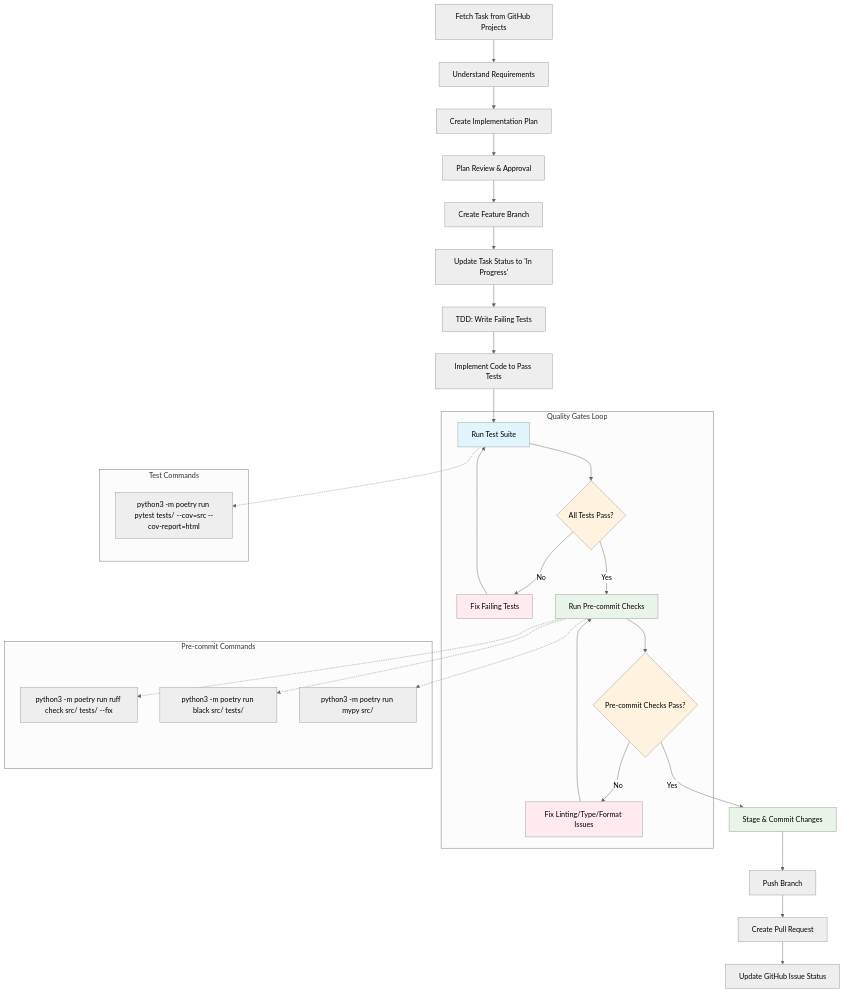
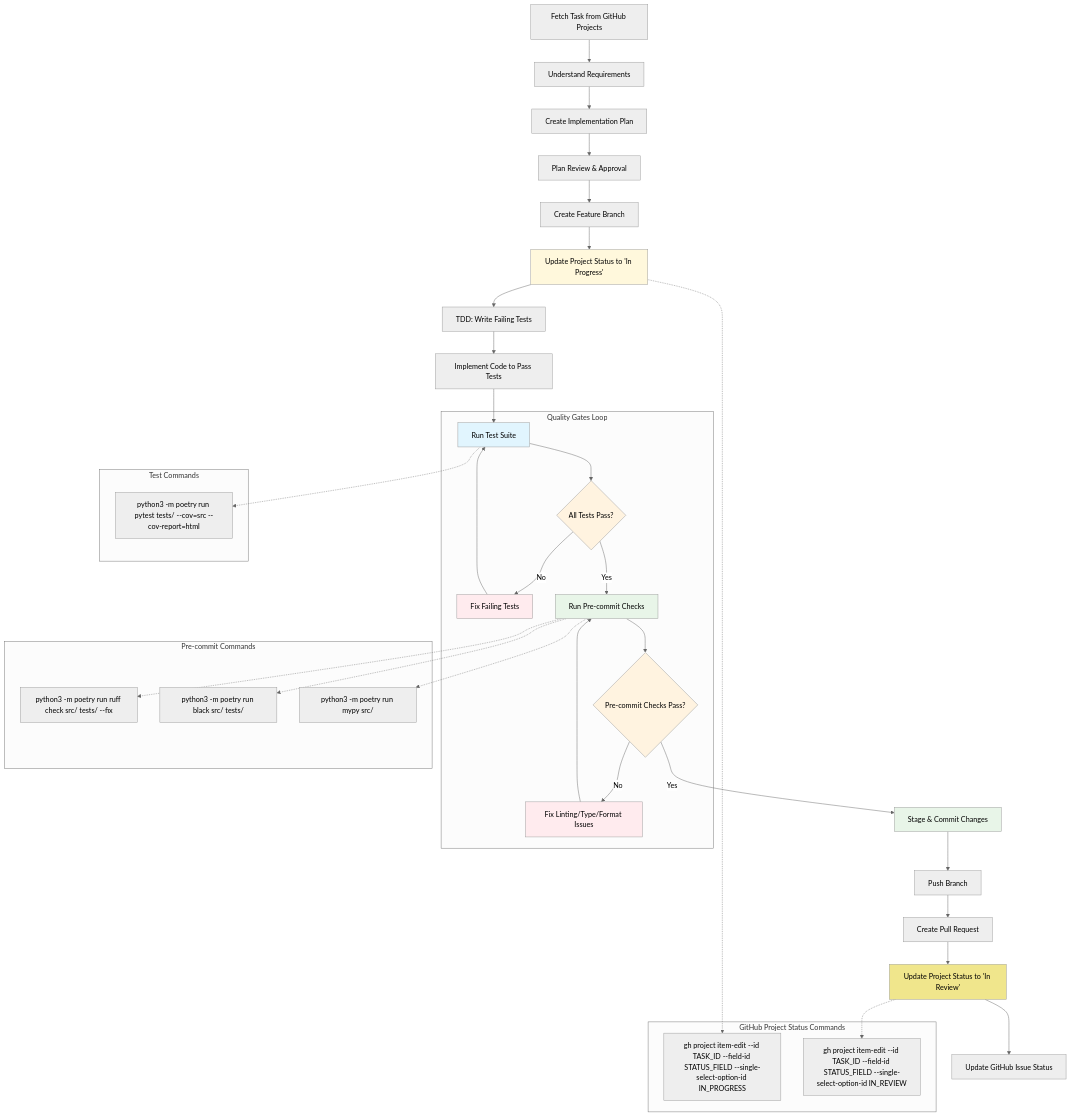
Before and after one commit to nhlongnguyen/mindbridge: the diagram in CLAUDE.md, drawn with Mermaid (neutral theme). The commit also changed other lines of this file, not shown here.

First line of the commit message:
docs: Add GitHub project status management to CLAUDE.md

````diff
--- a/CLAUDE.md
+++ b/CLAUDE.md
@@ -361,57 +427,67 @@
 ```mermaid
 flowchart TD
     A[Fetch Task from GitHub Projects] --> B[Understand Requirements]
     B --> C[Create Implementation Plan]
     C --> D[Plan Review & Approval]
     D --> E[Create Feature Branch]
-    E --> F[Update Task Status to 'In Progress']
+    E --> F[Update Project Status to 'In Progress']
     F --> G[TDD: Write Failing Tests]
     G --> H[Implement Code to Pass Tests]
     H --> I[Run Test Suite]
 
     I --> J{All Tests Pass?}
     J -->|No| K[Fix Failing Tests]
     K --> I
     J -->|Yes| L[Run Pre-commit Checks]
 
     L --> M{Pre-commit Checks Pass?}
     M -->|No| N[Fix Linting/Type/Format Issues]
     N --> L
     M -->|Yes| O[Stage & Commit Changes]
 
     O --> P[Push Branch]
     P --> Q[Create Pull Request]
-    Q --> R[Update GitHub Issue Status]
+    Q --> R[Update Project Status to 'In Review']
+    R --> S[Update GitHub Issue Status]
 
     style I fill:#e1f5fe
     style J fill:#fff3e0
     style K fill:#ffebee
     style L fill:#e8f5e8
     style M fill:#fff3e0
     style N fill:#ffebee
     style O fill:#e8f5e8
+    style F fill:#fff8dc
+    style R fill:#f0e68c
 
     subgraph "Quality Gates Loop"
         I
         J
         K
         L
         M
         N
     end
 
     subgraph "Test Commands"
         T1["python3 -m poetry run pytest tests/ --cov=src --cov-report=html"]
     end
 
     subgraph "Pre-commit Commands"
         P1["python3 -m poetry run ruff check src/ tests/ --fix"]
         P2["python3 -m poetry run black src/ tests/"]
         P3["python3 -m poetry run mypy src/"]
     end
 
+    subgraph "GitHub Project Status Commands"
+        F1["gh project item-edit --id TASK_ID --field-id STATUS_FIELD --single-select-option-id IN_PROGRESS"]
+        R1["gh project item-edit --id TASK_ID --field-id STATUS_FIELD --single-select-option-id IN_REVIEW"]
+    end
+
     I -.-> T1
     L -.-> P1
     L -.-> P2
     L -.-> P3
+    F -.-> F1
+    R -.-> R1
 ```
````
